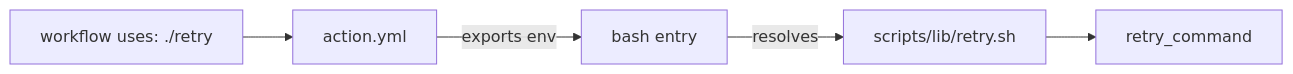
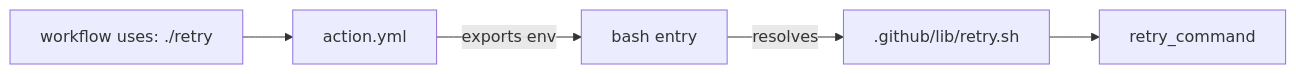
The fifth of 9 diagrams in docs/dev/implementation/22-bash-retry-primitive/plan.md (Klark-Morrigan/Common-Automation), drawn with Mermaid before and after one commit. The commit also changed other lines of this file and 1 other file, not shown here.

````diff
--- a/docs/dev/implementation/22-bash-retry-primitive/plan.md
+++ b/docs/dev/implementation/22-bash-retry-primitive/plan.md
@@ -313,7 +281,7 @@
 ```mermaid
 flowchart LR
     W[workflow uses: ./retry] --> Y[action.yml]
     Y -- exports env --> B[bash entry]
-    B -- resolves --> L[scripts/lib/retry.sh]
+    B -- resolves --> L[.github/lib/retry.sh]
     L --> R[retry_command]
 ```
````
